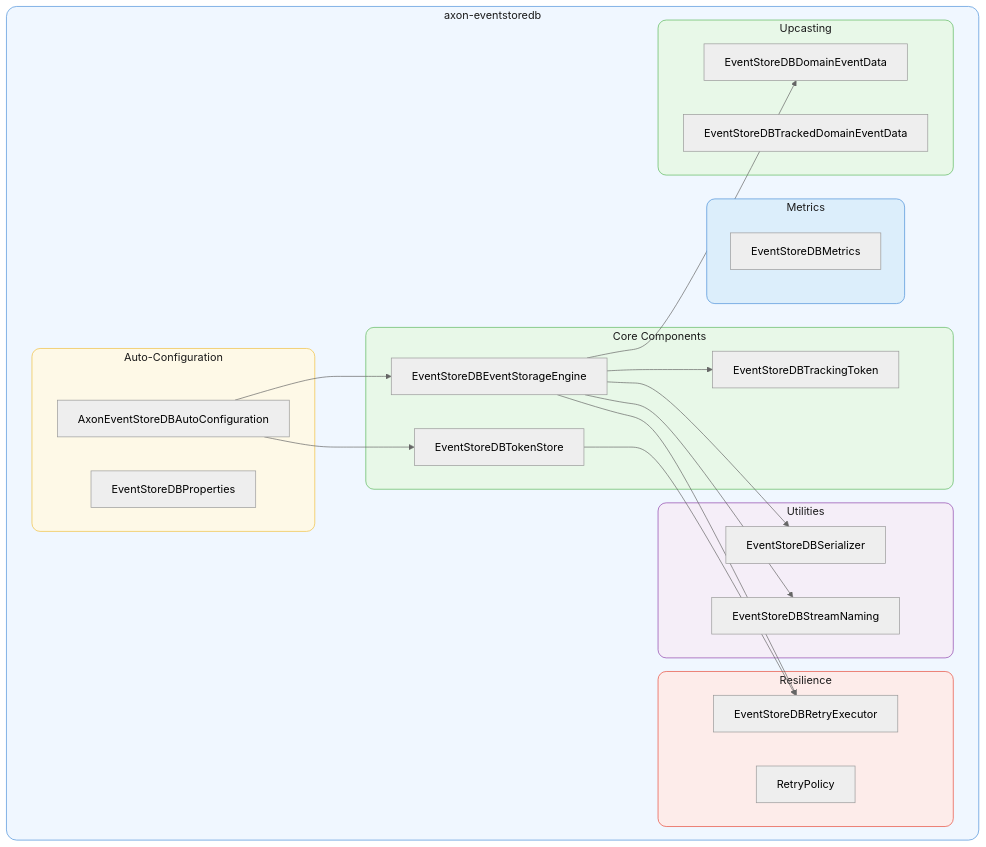
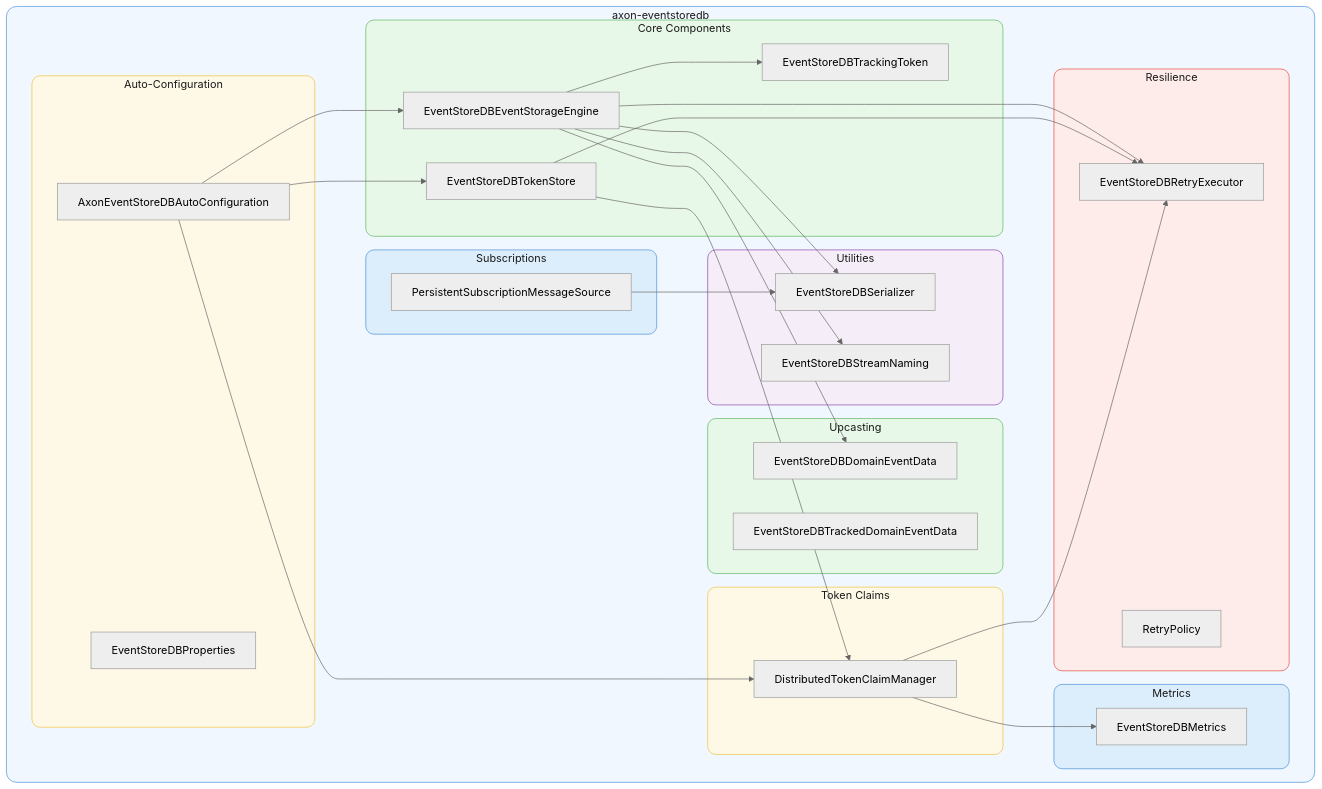
Before and after one commit to bsakweson/axon-eventstoredb: the fourth of 6 diagrams in README.md, drawn with Mermaid (neutral theme). The commit also changed other lines of this file and 18 other files, not shown here.

First line of the commit message:
feat: add Phase 3 — persistent subscriptions, distributed token claims

````diff
--- a/README.md
+++ b/README.md
@@ -271,51 +290,66 @@
 ```mermaid
 graph TD
     subgraph project["axon-eventstoredb"]
         style project fill:#f0f7ff,stroke:#4a90d9,rx:15,ry:15,color:#1a1a1a
 
         subgraph core["Core Components"]
             style core fill:#e8f8e8,stroke:#5cb85c,rx:12,ry:12,color:#1a1a1a
             engine2["EventStoreDBEventStorageEngine"]
             token2["EventStoreDBTokenStore"]
             tracking["EventStoreDBTrackingToken"]
         end
 
         subgraph config["Auto-Configuration"]
             style config fill:#fef9e7,stroke:#f0c040,rx:12,ry:12,color:#1a1a1a
             autoconf["AxonEventStoreDBAutoConfiguration"]
             props["EventStoreDBProperties"]
         end
 
         subgraph util["Utilities"]
             style util fill:#f5eef8,stroke:#8e44ad,rx:12,ry:12,color:#1a1a1a
             ser["EventStoreDBSerializer"]
             naming["EventStoreDBStreamNaming"]
         end
 
         subgraph resilience["Resilience"]
             style resilience fill:#fdecea,stroke:#e74c3c,rx:12,ry:12,color:#1a1a1a
             retry["RetryPolicy"]
             retryExec["EventStoreDBRetryExecutor"]
         end
 
         subgraph metrics["Metrics"]
             style metrics fill:#dceefb,stroke:#4a90d9,rx:12,ry:12,color:#1a1a1a
             met["EventStoreDBMetrics"]
         end
 
         subgraph upcasting["Upcasting"]
             style upcasting fill:#e8f8e8,stroke:#5cb85c,rx:12,ry:12,color:#1a1a1a
             ded["EventStoreDBDomainEventData"]
             ted["EventStoreDBTrackedDomainEventData"]
         end
+
+        subgraph subscriptions["Subscriptions"]
+            style subscriptions fill:#dceefb,stroke:#4a90d9,rx:12,ry:12,color:#1a1a1a
+            psub["PersistentSubscriptionMessageSource"]
+        end
+
+        subgraph tokenclm["Token Claims"]
+            style tokenclm fill:#fef9e7,stroke:#f0c040,rx:12,ry:12,color:#1a1a1a
+            clm["DistributedTokenClaimManager"]
+        end
     end
 
     autoconf --> engine2
     autoconf --> token2
+    autoconf --> clm
     engine2 --> tracking
     engine2 --> ser
     engine2 --> naming
     engine2 --> retryExec
     engine2 --> ded
     token2 --> retryExec
+    token2 --> clm
+    psub --> ser
+    clm --> retryExec
+    clm --> met
 ```
````
